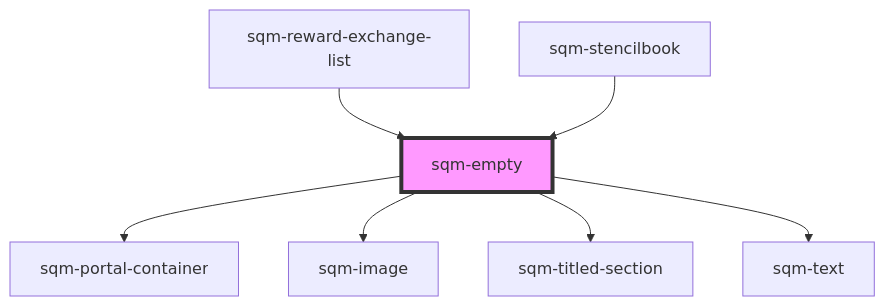
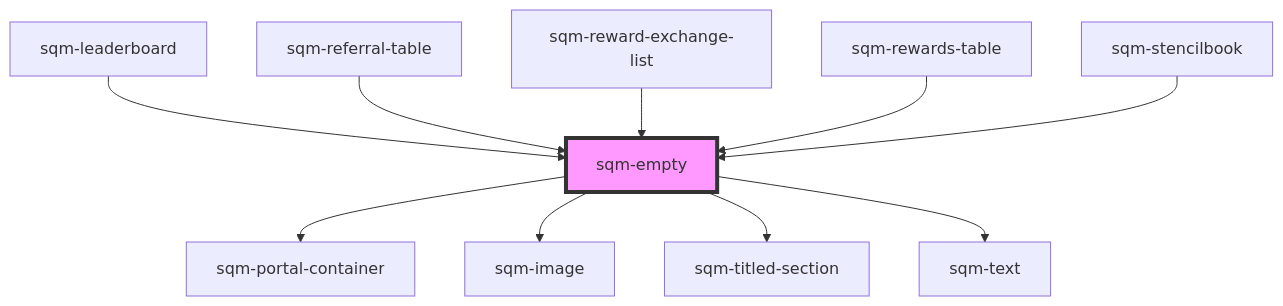
The diagram in packages/mint-components/src/components/sqm-empty/readme.md (saasquatch/program-tools), drawn with Mermaid before and after one commit. The commit also changed other lines of this file and 14 other files, not shown here.

````diff
--- a/packages/mint-components/src/components/sqm-empty/readme.md
+++ b/packages/mint-components/src/components/sqm-empty/readme.md
@@ -32,10 +35,13 @@
 ```mermaid
 graph TD;
   sqm-empty --> sqm-portal-container
   sqm-empty --> sqm-image
   sqm-empty --> sqm-titled-section
   sqm-empty --> sqm-text
+  sqm-leaderboard --> sqm-empty
+  sqm-referral-table --> sqm-empty
   sqm-reward-exchange-list --> sqm-empty
+  sqm-rewards-table --> sqm-empty
   sqm-stencilbook --> sqm-empty
   style sqm-empty fill:#f9f,stroke:#333,stroke-width:4px
 ```
````
